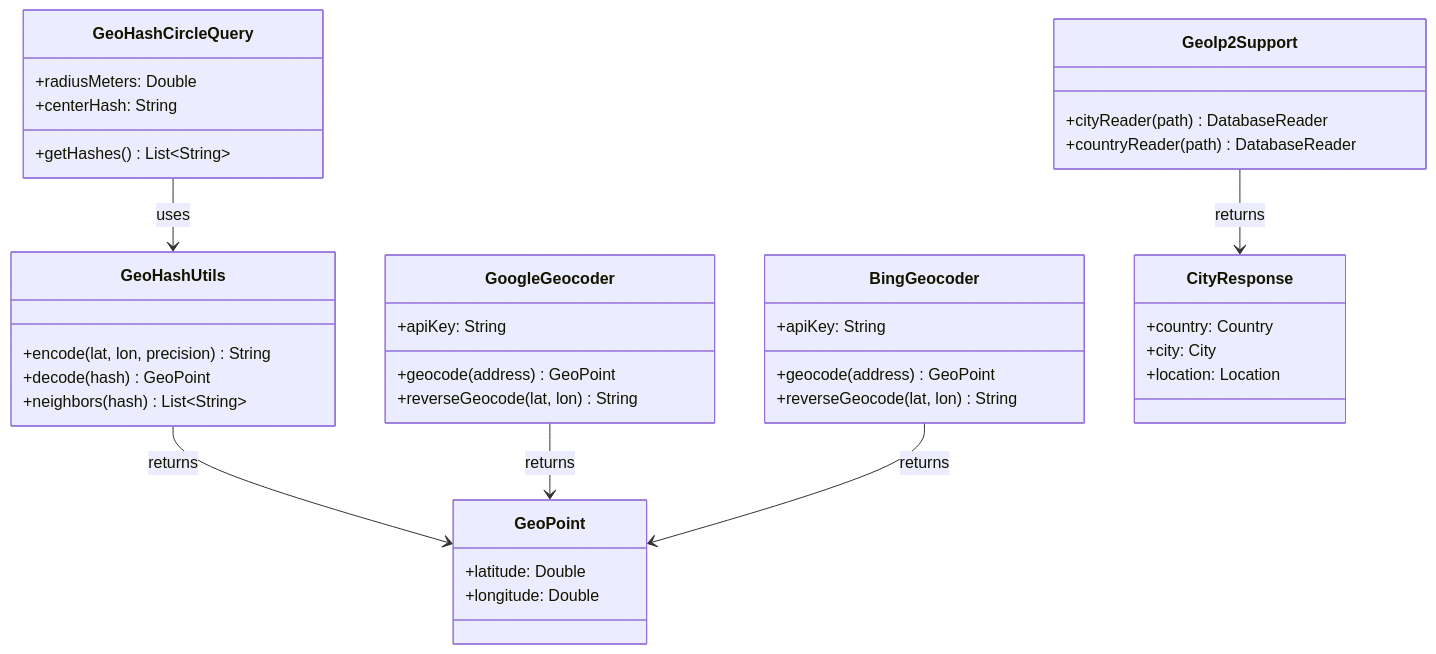
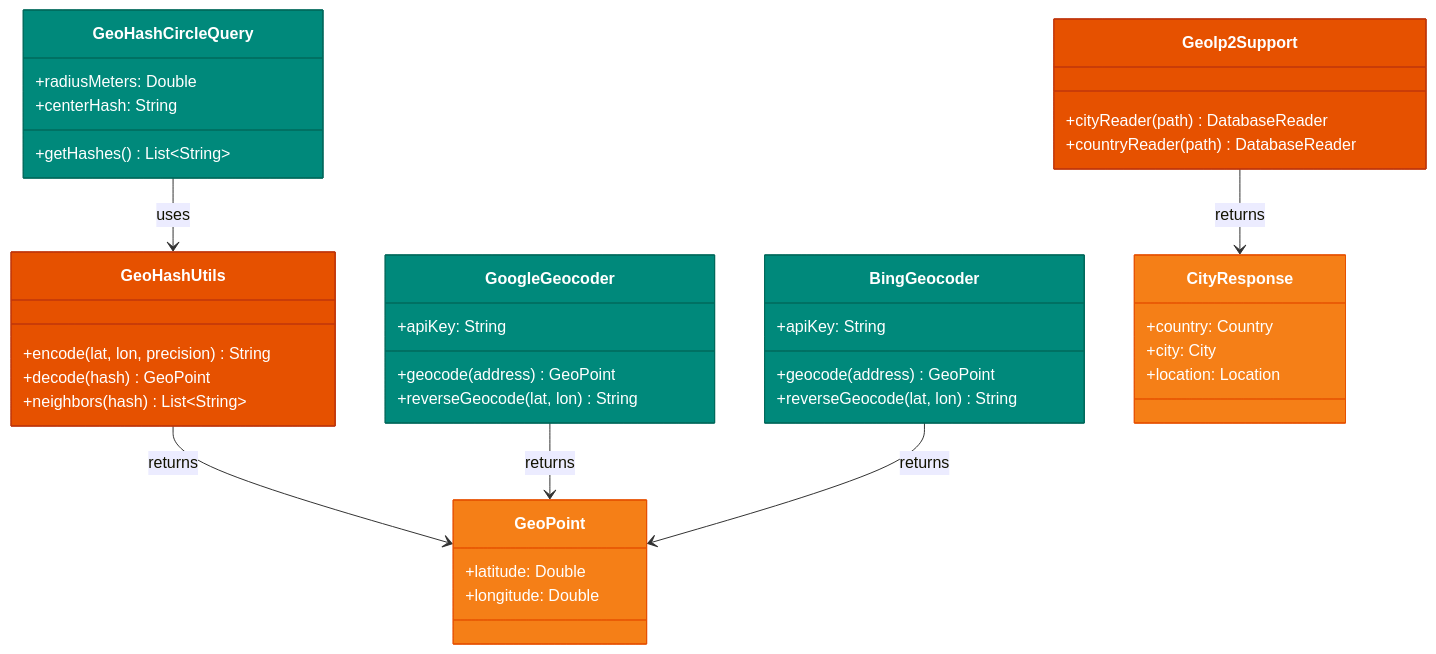
Before and after one commit to bluetape4k/bluetape4k-projects: the second of 3 diagrams in utils/geo/README.md, drawn with Mermaid. The commit also changed other lines of this file and 221 other files, not shown here.

First line of the commit message:
docs: 전체 모듈 README UML 다이어그램 보강 및 색상 업그레이드

````diff
--- a/utils/geo/README.md
+++ b/utils/geo/README.md
@@ -37,42 +50,50 @@
 ```mermaid
 classDiagram
     class GeoHashUtils {
         +encode(lat, lon, precision) String
         +decode(hash) GeoPoint
         +neighbors(hash) List~String~
     }
     class GeoHashCircleQuery {
         +radiusMeters: Double
         +centerHash: String
         +getHashes() List~String~
     }
     class GeoPoint {
         +latitude: Double
         +longitude: Double
     }
     class GoogleGeocoder {
         +apiKey: String
         +geocode(address) GeoPoint
         +reverseGeocode(lat, lon) String
     }
     class BingGeocoder {
         +apiKey: String
         +geocode(address) GeoPoint
         +reverseGeocode(lat, lon) String
     }
     class GeoIp2Support {
         +cityReader(path) DatabaseReader
         +countryReader(path) DatabaseReader
     }
     class CityResponse {
         +country: Country
         +city: City
         +location: Location
     }
 
     GeoHashCircleQuery --> GeoHashUtils : uses
     GeoHashUtils --> GeoPoint : returns
     GoogleGeocoder --> GeoPoint : returns
     BingGeocoder --> GeoPoint : returns
     GeoIp2Support --> CityResponse : returns
+
+    style GeoHashUtils fill:#E65100,stroke:#BF360C,color:#FFFFFF
+    style GeoHashCircleQuery fill:#00897B,stroke:#00695C,color:#FFFFFF
+    style GeoPoint fill:#F57F17,stroke:#E65100,color:#FFFFFF
+    style GoogleGeocoder fill:#00897B,stroke:#00695C,color:#FFFFFF
+    style BingGeocoder fill:#00897B,stroke:#00695C,color:#FFFFFF
+    style GeoIp2Support fill:#E65100,stroke:#BF360C,color:#FFFFFF
+    style CityResponse fill:#F57F17,stroke:#E65100,color:#FFFFFF
 ```
````
